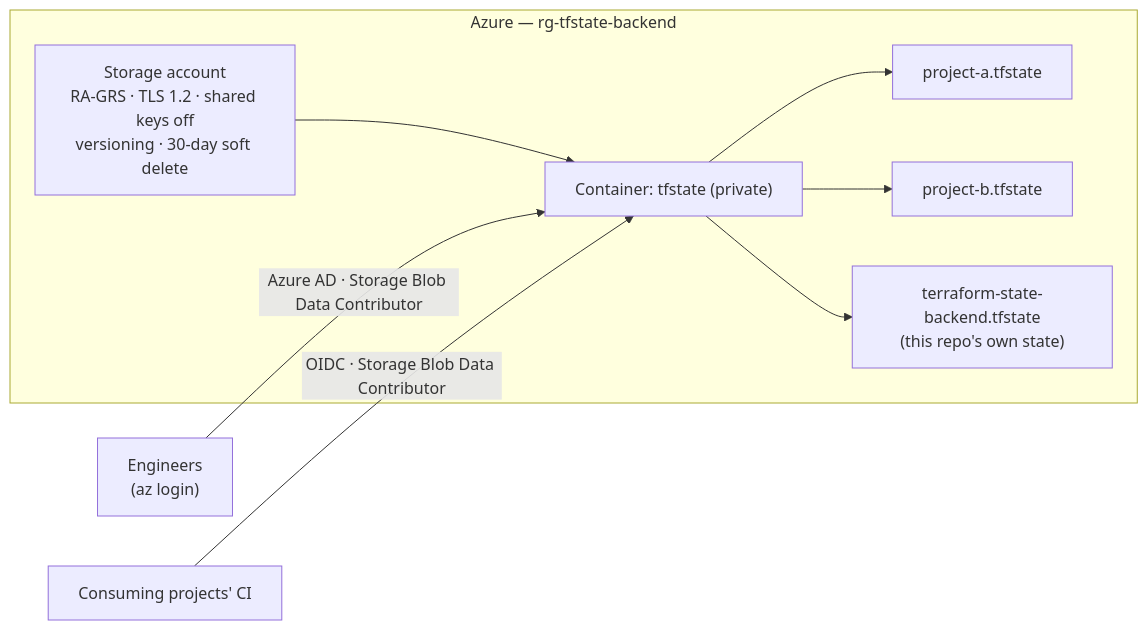
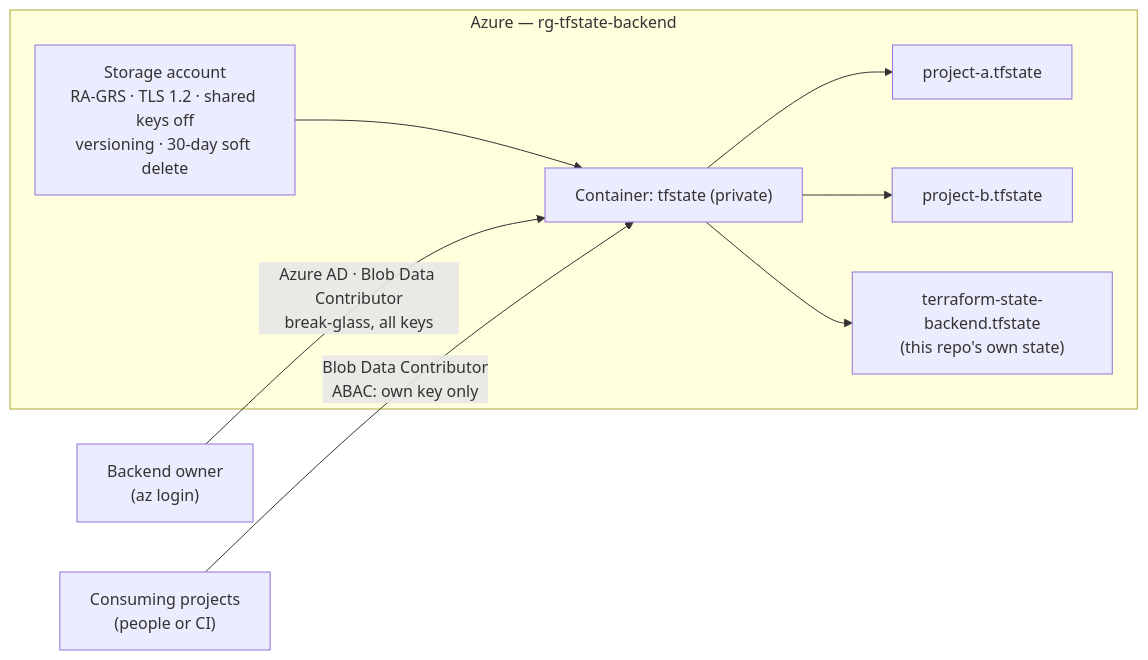
One commit to Josperdo/terraform-state-backend changed the first of 2 diagrams in README.md. Above: the diagram before and after it, drawn with Mermaid. The commit also changed other lines of this file and 4 other files, not shown here.

Commit message:
Docs: Phase 11 per-key ABAC results, revoke runbook, onboarding examples (#9)

````diff
--- a/README.md
+++ b/README.md
@@ -16,14 +16,14 @@
 ```mermaid
 flowchart LR
   subgraph Azure["Azure — rg-tfstate-backend"]
     SA["Storage account<br/>RA-GRS · TLS 1.2 · shared keys off<br/>versioning · 30-day soft delete"]
     C["Container: tfstate (private)"]
     SA --> C
     C --> B1["project-a.tfstate"]
     C --> B2["project-b.tfstate"]
     C --> B3["terraform-state-backend.tfstate<br/>(this repo's own state)"]
   end
 
-  Dev["Engineers<br/>(az login)"] -- "Azure AD · Storage Blob Data Contributor" --> C
-  Consumers["Consuming projects' CI"] -- "OIDC · Storage Blob Data Contributor" --> C
+  Dev["Backend owner<br/>(az login)"] -- "Azure AD · Blob Data Contributor<br/>break-glass, all keys" --> C
+  Consumers["Consuming projects<br/>(people or CI)"] -- "Blob Data Contributor<br/>ABAC: own key only" --> C
 ```
````
